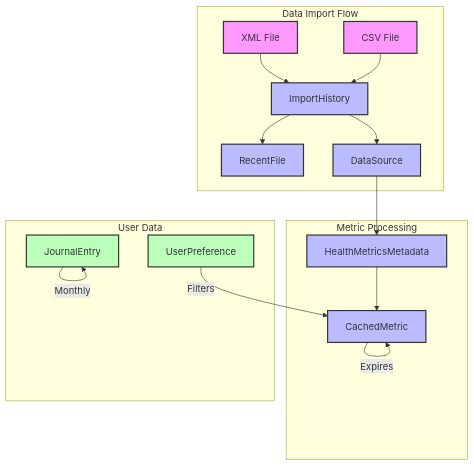
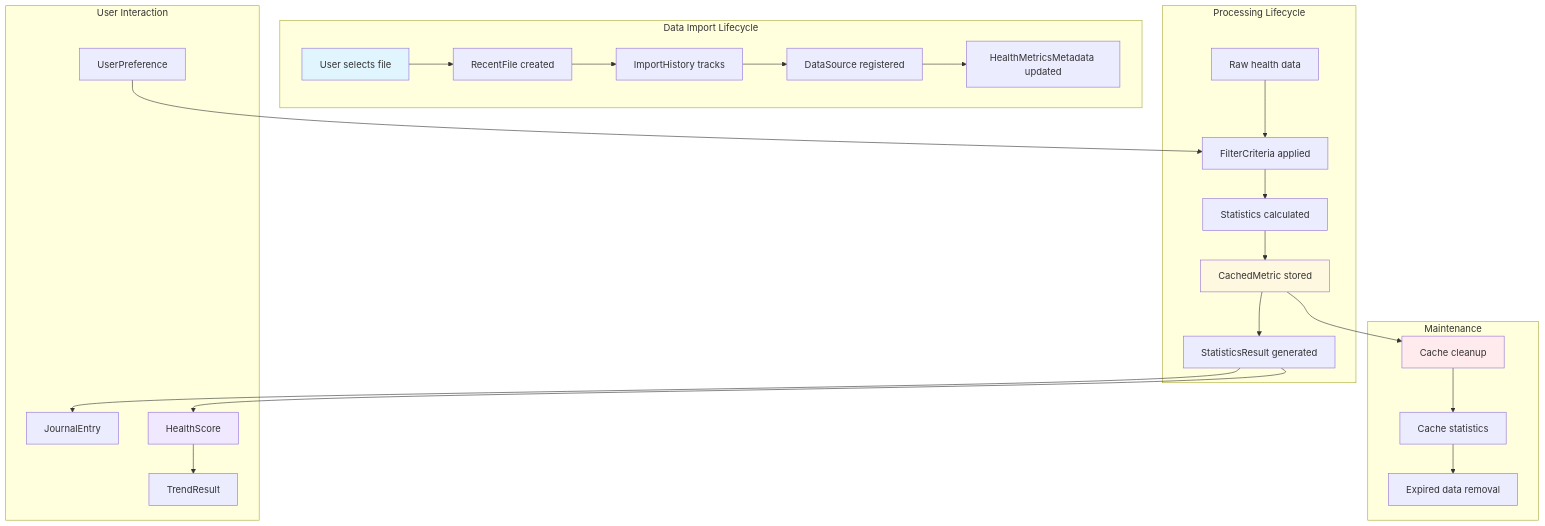
The second of 3 diagrams in docs/architecture/class_diagrams/data_models.md (AlexFiliakov/iQuest), drawn with Mermaid before and after one commit. The commit also changed other lines of this file and 9 other files, not shown here.

First line of the commit message:
docs: update architecture documentation and project specs

````diff
--- a/docs/architecture/class_diagrams/data_models.md
+++ b/docs/architecture/class_diagrams/data_models.md
@@ -138,31 +312,60 @@
 ```mermaid
-flowchart TB
-    subgraph "Data Import Flow"
-        XML[XML File] --> IH[ImportHistory]
-        CSV[CSV File] --> IH
-        IH --> RF[RecentFile]
-        IH --> DS[DataSource]
+flowchart TD
+    subgraph "Data Import Lifecycle"
+        FILE[User selects file]
+        RECENT[RecentFile created]
+        IMPORT[ImportHistory tracks]
+        SOURCE[DataSource registered]
+        METADATA[HealthMetricsMetadata updated]
     end
-
-    subgraph "Metric Processing"
-        DS --> HMM[HealthMetricsMetadata]
-        HMM --> CM[CachedMetric]
-        CM --> |Expires| CM
+    
+    subgraph "Processing Lifecycle"
+        RAW[Raw health data]
+        FILTER[FilterCriteria applied]
+        CALC[Statistics calculated]
+        CACHE[CachedMetric stored]
+        RESULT[StatisticsResult generated]
     end
-
-    subgraph "User Data"
-        UP[UserPreference] --> |Filters| CM
-        JE[JournalEntry] --> |Daily| JE
-        JE --> |Weekly| JE
-        JE --> |Monthly| JE
+    
+    subgraph "User Interaction"
+        PREFS[UserPreference]
+        JOURNAL[JournalEntry]
+        SCORE[HealthScore]
+        TRENDS[TrendResult]
     end
-
+    
+    subgraph "Maintenance"
+        CLEANUP[Cache cleanup]
+        STATS[Cache statistics]
+        EXPIRY[Expired data removal]
+    end
+    
+    %% Import flow
+    FILE --> RECENT
+    RECENT --> IMPORT
+    IMPORT --> SOURCE
+    SOURCE --> METADATA
+    
+    %% Processing flow
+    RAW --> FILTER
+    FILTER --> CALC
+    CALC --> CACHE
+    CACHE --> RESULT
+    
+    %% User interaction
+    PREFS --> FILTER
+    RESULT --> JOURNAL
+    RESULT --> SCORE
+    SCORE --> TRENDS
+    
+    %% Maintenance
+    CACHE --> CLEANUP
+    CLEANUP --> STATS
+    STATS --> EXPIRY
+    
     %% Styling
-    classDef file fill:#f9f,stroke:#333,stroke-width:2px
-    classDef model fill:#bbf,stroke:#333,stroke-width:2px
-    classDef user fill:#bfb,stroke:#333,stroke-width:2px
-    
-    class XML,CSV file
-    class IH,RF,DS,HMM,CM model
-    class UP,JE user
+    style FILE fill:#e1f5fe
+    style CACHE fill:#fff8e1
+    style SCORE fill:#f0e8ff
+    style CLEANUP fill:#ffebee
 ```
````
